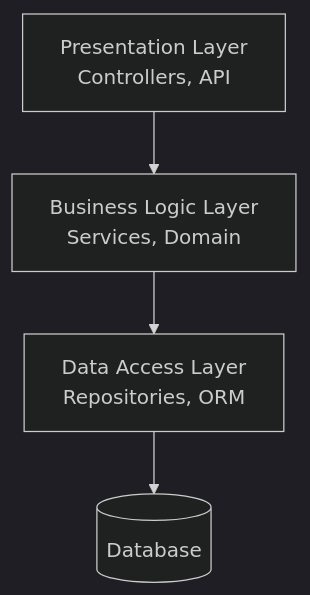
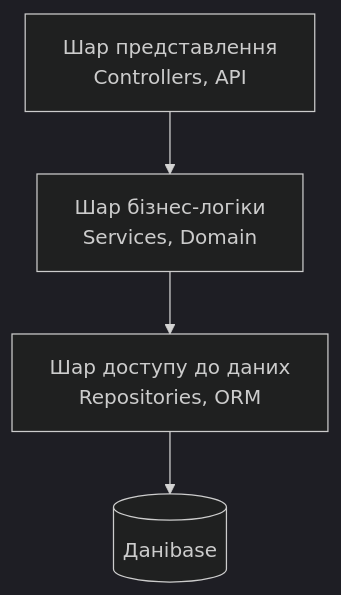
The fourth of 5 diagrams in presentation-01.md (olroi421/course-tprmr), drawn with Mermaid (dark theme) before and after one commit. The commit also changed other lines of this file and 2 other files, not shown here.

````diff
--- a/presentation-01.md
+++ b/presentation-01.md
@@ -705,6 +705,6 @@
 ```mermaid
 graph TD
-    A[Presentation Layer<br/>Controllers, API] --> B[Business Logic Layer<br/>Services, Domain]
-    B --> C[Data Access Layer<br/>Repositories, ORM]
-    C --> D[(Database)]
+    A[Шар представлення<br/>Controllers, API] --> B[Шар бізнес-логіки<br/>Services, Domain]
+    B --> C[Шар доступу до даних<br/>Repositories, ORM]
+    C --> D[(Даніbase)]
 ```
````
